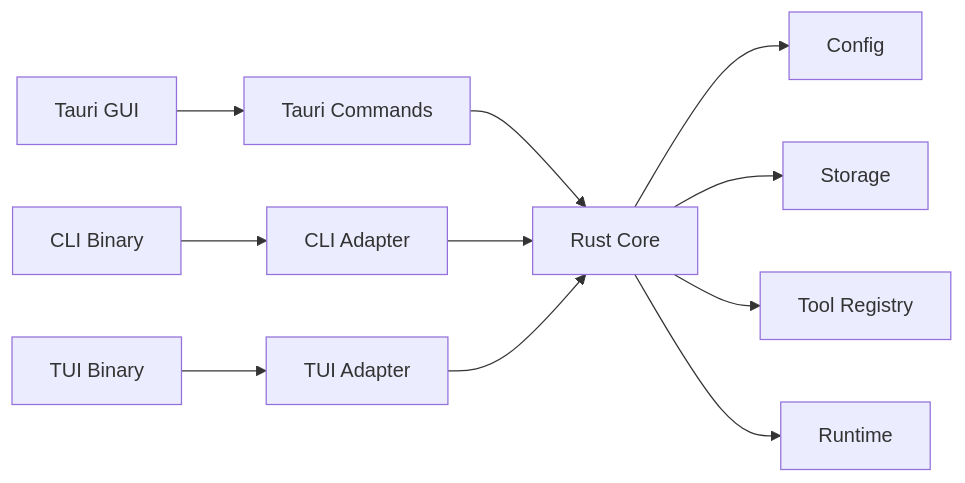
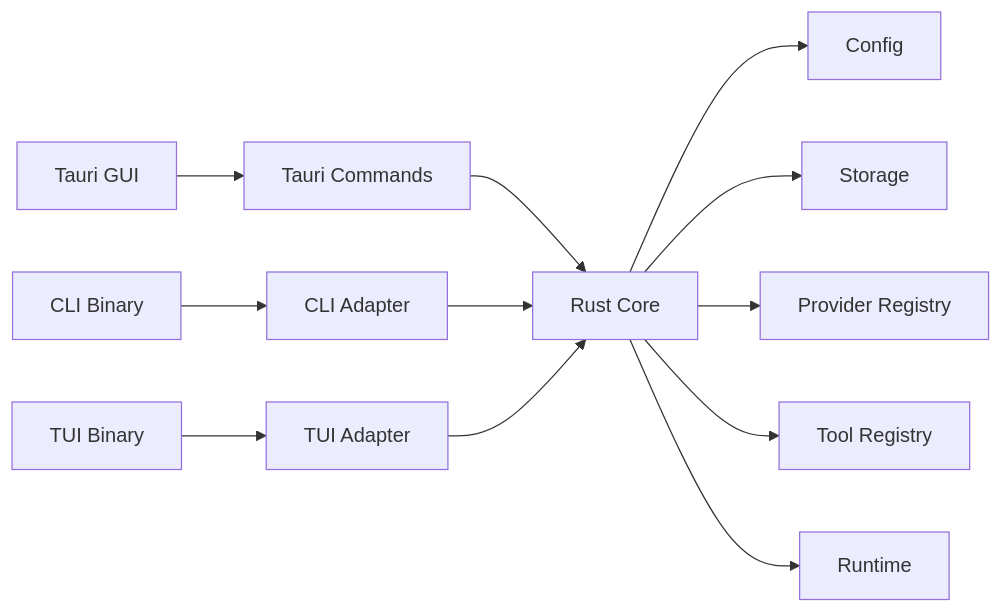
The diagram in docs/agent-app/architecture.md (luoanb/new-start), drawn with Mermaid before and after one commit. The commit also changed other lines of this file and 116 other files, not shown here.

````diff
--- a/docs/agent-app/architecture.md
+++ b/docs/agent-app/architecture.md
@@ -9,15 +9,16 @@
 ```mermaid
 flowchart LR
   gui["Tauri GUI"] --> tauriCommands["Tauri Commands"]
   cli["CLI Binary"] --> cliAdapter["CLI Adapter"]
   tui["TUI Binary"] --> tuiAdapter["TUI Adapter"]
 
   tauriCommands --> core["Rust Core"]
   cliAdapter --> core
   tuiAdapter --> core
 
   core --> config["Config"]
   core --> storage["Storage"]
+  core --> providers["Provider Registry"]
   core --> tools["Tool Registry"]
   core --> runtime["Runtime"]
 ```
````
